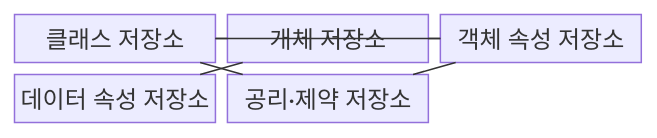
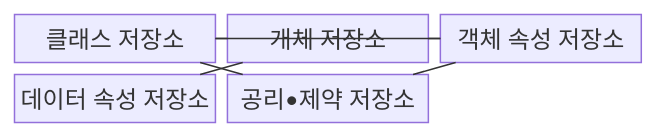
Before and after one commit to agnusdei1207/knowledge-base: the first of 2 diagrams in src/content/docs/notes/08-latest-tech/080_ontology.md, drawn with Mermaid. The commit also changed other lines of this file and 953 other files, not shown here.

````diff
--- a/src/content/docs/notes/08-latest-tech/080_ontology.md
+++ b/src/content/docs/notes/08-latest-tech/080_ontology.md
@@ -69,15 +69,15 @@
 ```mermaid
 block-beta
   columns 3
   cls["클래스 저장소"]
   individual["개체 저장소"]
   object["객체 속성 저장소"]
   data["데이터 속성 저장소"]
-  axiom["공리·제약 저장소"]
+  axiom["공리•제약 저장소"]
   cls --- individual
   cls --- object
   individual --- object
   individual --- data
   axiom --- cls
   axiom --- object
 ```
````
